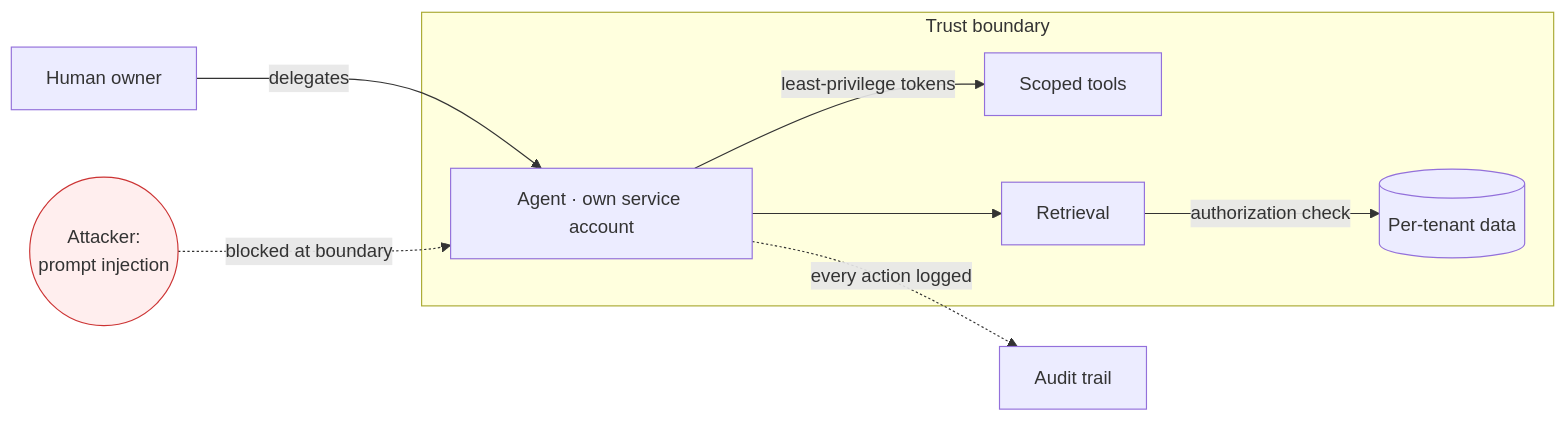
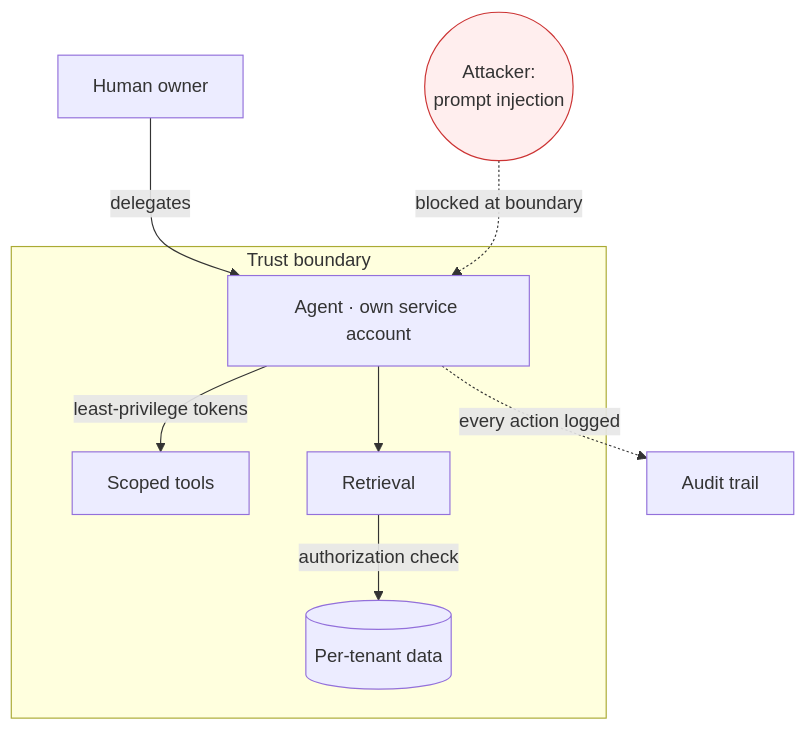
The diagram in book/05-governance.md (ChristineTham/aidou), drawn with Mermaid before and after one commit. The commit also changed 4 other files, not shown here.

First line of the commit message:
Diagrams: switch flowcharts from LR to TB for portrait (6x9) PDF fit

````diff
--- a/book/05-governance.md
+++ b/book/05-governance.md
@@ -23,13 +23,13 @@
 ```mermaid
-flowchart LR
+flowchart TB
     U[Human owner] -->|delegates| A
     subgraph TB [Trust boundary]
       A["Agent · own service account"] -->|least-privilege tokens| T[Scoped tools]
       A --> R[Retrieval]
       R -->|authorization check| D[(Per-tenant data)]
     end
     A -.->|every action logged| L[Audit trail]
     X(("Attacker:<br/>prompt injection")) -.->|blocked at boundary| A
     classDef danger fill:#fee,stroke:#c33
     class X danger
 ```
````
